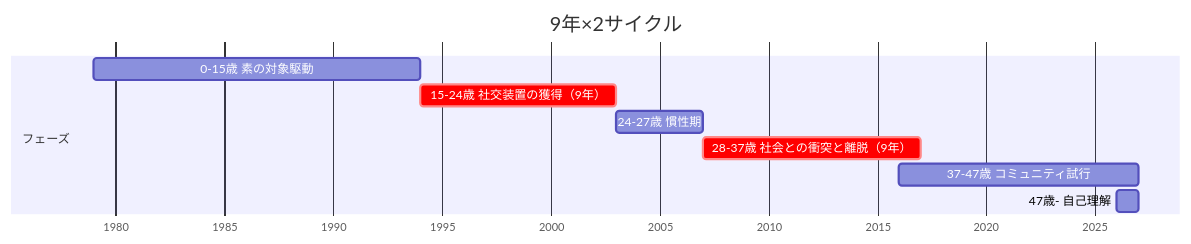
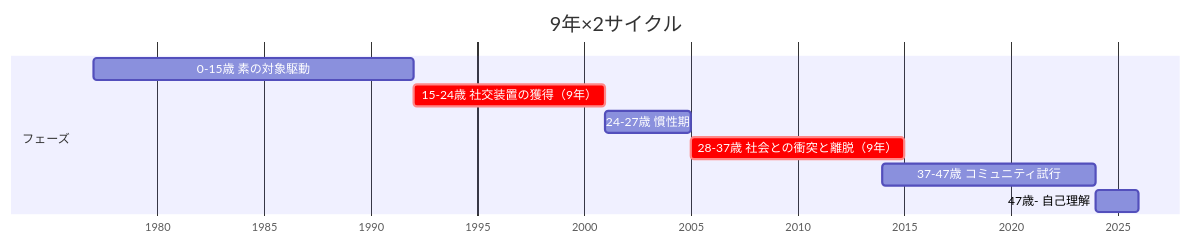
Before and after one commit to annachloe2025/SelfAnalysis: the diagram in docs/06_仮説と理論/02_9年2サイクル仮説.md, drawn with Mermaid. The commit also changed other lines of this file and 14 other files, not shown here.

````diff
--- a/docs/06_仮説と理論/02_9年2サイクル仮説.md
+++ b/docs/06_仮説と理論/02_9年2サイクル仮説.md
@@ -19,14 +19,14 @@
 ```mermaid
 gantt
     title 9年×2サイクル
     dateFormat YYYY
     axisFormat %Y
 
     section フェーズ
-    0-15歳 素の対象駆動    :a1, 1979, 15y
-    15-24歳 社交装置の獲得（9年）:crit, a2, 1994, 9y
-    24-27歳 慣性期         :a3, 2003, 4y
-    28-37歳 社会との衝突と離脱（9年）:crit, a4, 2007, 10y
-    37-47歳 コミュニティ試行 :a5, 2016, 11y
-    47歳- 自己理解         :a6, 2026, 1y
+    0-15歳 素の対象駆動    :a1, 1977, 15y
+    15-24歳 社交装置の獲得（9年）:crit, a2, 1992, 9y
+    24-27歳 慣性期         :a3, 2001, 4y
+    28-37歳 社会との衝突と離脱（9年）:crit, a4, 2005, 10y
+    37-47歳 コミュニティ試行 :a5, 2014, 10y
+    47歳- 自己理解         :a6, 2024, 2y
 ```
````
